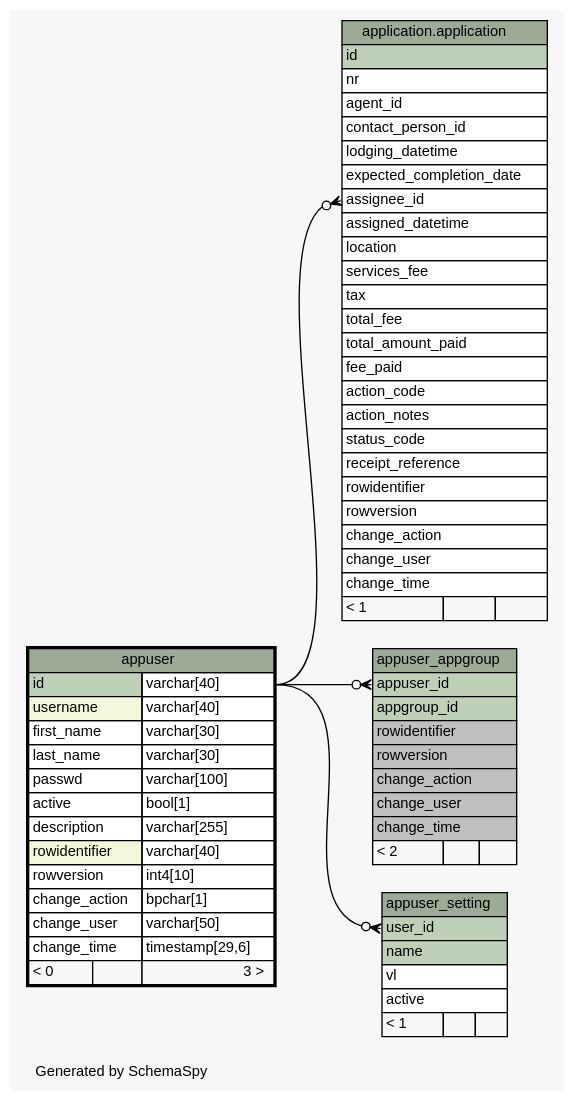
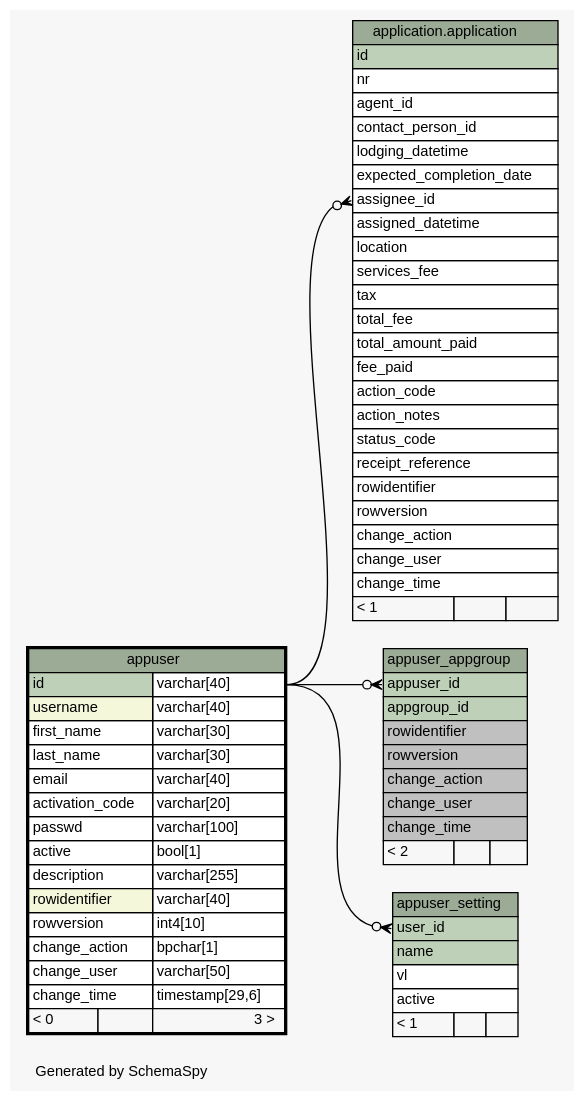
Before and after one commit to SOLA-FAO/database_sola: the diagram in doc/system/diagrams/appuser.1degree.dot, drawn with Graphviz. The commit also changed 287 other files, not shown here.

Commit message:
Columns email and activation_code introduced on the user table.

```diff
--- a/doc/system/diagrams/appuser.1degree.dot
+++ b/doc/system/diagrams/appuser.1degree.dot
@@ -1,107 +1,109 @@
 // dot 2.36.0 on Windows 7 6.1
 // SchemaSpy rev 590
 digraph "oneDegreeRelationshipsDiagram" {
   graph [
     rankdir="RL"
     bgcolor="#f7f7f7"
     label="\nGenerated by SchemaSpy"
     labeljust="l"
     nodesep="0.18"
     ranksep="0.46"
     fontname="Helvetica"
     fontsize="11"
   ];
   node [
     fontname="Helvetica"
     fontsize="11"
     shape="plaintext"
   ];
   edge [
     arrowsize="0.8"
   ];
   "application.application":"assignee_id":w -> "appuser":"id.type":e [arrowhead=none dir=back arrowtail=crowodot];
   "appuser_appgroup":"appuser_id":w -> "appuser":"id.type":e [arrowhead=none dir=back arrowtail=crowodot];
   "appuser_setting":"user_id":w -> "appuser":"id.type":e [arrowhead=none dir=back arrowtail=crowodot];
   "application.application" [
     label=<
     <TABLE BORDER="0" CELLBORDER="1" CELLSPACING="0" BGCOLOR="#ffffff">
       <TR><TD COLSPAN="3" BGCOLOR="#9bab96" ALIGN="CENTER">application.application</TD></TR>
       <TR><TD PORT="id" COLSPAN="3" BGCOLOR="#bed1b8" ALIGN="LEFT">id</TD></TR>
       <TR><TD PORT="nr" COLSPAN="3" ALIGN="LEFT">nr</TD></TR>
       <TR><TD PORT="agent_id" COLSPAN="3" ALIGN="LEFT">agent_id</TD></TR>
       <TR><TD PORT="contact_person_id" COLSPAN="3" ALIGN="LEFT">contact_person_id</TD></TR>
       <TR><TD PORT="lodging_datetime" COLSPAN="3" ALIGN="LEFT">lodging_datetime</TD></TR>
       <TR><TD PORT="expected_completion_date" COLSPAN="3" ALIGN="LEFT">expected_completion_date</TD></TR>
       <TR><TD PORT="assignee_id" COLSPAN="3" ALIGN="LEFT">assignee_id</TD></TR>
       <TR><TD PORT="assigned_datetime" COLSPAN="3" ALIGN="LEFT">assigned_datetime</TD></TR>
       <TR><TD PORT="location" COLSPAN="3" ALIGN="LEFT">location</TD></TR>
       <TR><TD PORT="services_fee" COLSPAN="3" ALIGN="LEFT">services_fee</TD></TR>
       <TR><TD PORT="tax" COLSPAN="3" ALIGN="LEFT">tax</TD></TR>
       <TR><TD PORT="total_fee" COLSPAN="3" ALIGN="LEFT">total_fee</TD></TR>
       <TR><TD PORT="total_amount_paid" COLSPAN="3" ALIGN="LEFT">total_amount_paid</TD></TR>
       <TR><TD PORT="fee_paid" COLSPAN="3" ALIGN="LEFT">fee_paid</TD></TR>
       <TR><TD PORT="action_code" COLSPAN="3" ALIGN="LEFT">action_code</TD></TR>
       <TR><TD PORT="action_notes" COLSPAN="3" ALIGN="LEFT">action_notes</TD></TR>
       <TR><TD PORT="status_code" COLSPAN="3" ALIGN="LEFT">status_code</TD></TR>
       <TR><TD PORT="receipt_reference" COLSPAN="3" ALIGN="LEFT">receipt_reference</TD></TR>
       <TR><TD PORT="rowidentifier" COLSPAN="3" ALIGN="LEFT">rowidentifier</TD></TR>
       <TR><TD PORT="rowversion" COLSPAN="3" ALIGN="LEFT">rowversion</TD></TR>
       <TR><TD PORT="change_action" COLSPAN="3" ALIGN="LEFT">change_action</TD></TR>
       <TR><TD PORT="change_user" COLSPAN="3" ALIGN="LEFT">change_user</TD></TR>
       <TR><TD PORT="change_time" COLSPAN="3" ALIGN="LEFT">change_time</TD></TR>
       <TR><TD ALIGN="LEFT" BGCOLOR="#f7f7f7">&lt; 1</TD><TD ALIGN="RIGHT" BGCOLOR="#f7f7f7">  </TD><TD ALIGN="RIGHT" BGCOLOR="#f7f7f7">  </TD></TR>
     </TABLE>>
     URL="../../application/tables/application.html"
     tooltip="application.application"
   ];
   "appuser" [
     label=<
     <TABLE BORDER="2" CELLBORDER="1" CELLSPACING="0" BGCOLOR="#ffffff">
       <TR><TD COLSPAN="3" BGCOLOR="#9bab96" ALIGN="CENTER">appuser</TD></TR>
       <TR><TD PORT="id" COLSPAN="2" BGCOLOR="#bed1b8" ALIGN="LEFT">id</TD><TD PORT="id.type" ALIGN="LEFT">varchar[40]</TD></TR>
       <TR><TD PORT="username" COLSPAN="2" BGCOLOR="#f4f7da" ALIGN="LEFT">username</TD><TD PORT="username.type" ALIGN="LEFT">varchar[40]</TD></TR>
       <TR><TD PORT="first_name" COLSPAN="2" ALIGN="LEFT">first_name</TD><TD PORT="first_name.type" ALIGN="LEFT">varchar[30]</TD></TR>
       <TR><TD PORT="last_name" COLSPAN="2" ALIGN="LEFT">last_name</TD><TD PORT="last_name.type" ALIGN="LEFT">varchar[30]</TD></TR>
+      <TR><TD PORT="email" COLSPAN="2" ALIGN="LEFT">email</TD><TD PORT="email.type" ALIGN="LEFT">varchar[40]</TD></TR>
+      <TR><TD PORT="activation_code" COLSPAN="2" ALIGN="LEFT">activation_code</TD><TD PORT="activation_code.type" ALIGN="LEFT">varchar[20]</TD></TR>
       <TR><TD PORT="passwd" COLSPAN="2" ALIGN="LEFT">passwd</TD><TD PORT="passwd.type" ALIGN="LEFT">varchar[100]</TD></TR>
       <TR><TD PORT="active" COLSPAN="2" ALIGN="LEFT">active</TD><TD PORT="active.type" ALIGN="LEFT">bool[1]</TD></TR>
       <TR><TD PORT="description" COLSPAN="2" ALIGN="LEFT">description</TD><TD PORT="description.type" ALIGN="LEFT">varchar[255]</TD></TR>
       <TR><TD PORT="rowidentifier" COLSPAN="2" BGCOLOR="#f4f7da" ALIGN="LEFT">rowidentifier</TD><TD PORT="rowidentifier.type" ALIGN="LEFT">varchar[40]</TD></TR>
       <TR><TD PORT="rowversion" COLSPAN="2" ALIGN="LEFT">rowversion</TD><TD PORT="rowversion.type" ALIGN="LEFT">int4[10]</TD></TR>
       <TR><TD PORT="change_action" COLSPAN="2" ALIGN="LEFT">change_action</TD><TD PORT="change_action.type" ALIGN="LEFT">bpchar[1]</TD></TR>
       <TR><TD PORT="change_user" COLSPAN="2" ALIGN="LEFT">change_user</TD><TD PORT="change_user.type" ALIGN="LEFT">varchar[50]</TD></TR>
       <TR><TD PORT="change_time" COLSPAN="2" ALIGN="LEFT">change_time</TD><TD PORT="change_time.type" ALIGN="LEFT">timestamp[29,6]</TD></TR>
       <TR><TD ALIGN="LEFT" BGCOLOR="#f7f7f7">&lt; 0</TD><TD ALIGN="RIGHT" BGCOLOR="#f7f7f7">  </TD><TD ALIGN="RIGHT" BGCOLOR="#f7f7f7">3 &gt;</TD></TR>
     </TABLE>>
     URL="appuser.html"
     tooltip="appuser"
   ];
   "appuser_appgroup" [
     label=<
     <TABLE BORDER="0" CELLBORDER="1" CELLSPACING="0" BGCOLOR="#ffffff">
       <TR><TD COLSPAN="3" BGCOLOR="#9bab96" ALIGN="CENTER">appuser_appgroup</TD></TR>
       <TR><TD PORT="appuser_id" COLSPAN="3" BGCOLOR="#bed1b8" ALIGN="LEFT">appuser_id</TD></TR>
       <TR><TD PORT="appgroup_id" COLSPAN="3" BGCOLOR="#bed1b8" ALIGN="LEFT">appgroup_id</TD></TR>
       <TR><TD PORT="rowidentifier" COLSPAN="3" BGCOLOR="#c0c0c0" ALIGN="LEFT">rowidentifier</TD></TR>
       <TR><TD PORT="rowversion" COLSPAN="3" BGCOLOR="#c0c0c0" ALIGN="LEFT">rowversion</TD></TR>
       <TR><TD PORT="change_action" COLSPAN="3" BGCOLOR="#c0c0c0" ALIGN="LEFT">change_action</TD></TR>
       <TR><TD PORT="change_user" COLSPAN="3" BGCOLOR="#c0c0c0" ALIGN="LEFT">change_user</TD></TR>
       <TR><TD PORT="change_time" COLSPAN="3" BGCOLOR="#c0c0c0" ALIGN="LEFT">change_time</TD></TR>
       <TR><TD ALIGN="LEFT" BGCOLOR="#f7f7f7">&lt; 2</TD><TD ALIGN="RIGHT" BGCOLOR="#f7f7f7">  </TD><TD ALIGN="RIGHT" BGCOLOR="#f7f7f7">  </TD></TR>
     </TABLE>>
     URL="appuser_appgroup.html"
     tooltip="appuser_appgroup"
   ];
   "appuser_setting" [
     label=<
     <TABLE BORDER="0" CELLBORDER="1" CELLSPACING="0" BGCOLOR="#ffffff">
       <TR><TD COLSPAN="3" BGCOLOR="#9bab96" ALIGN="CENTER">appuser_setting</TD></TR>
       <TR><TD PORT="user_id" COLSPAN="3" BGCOLOR="#bed1b8" ALIGN="LEFT">user_id</TD></TR>
       <TR><TD PORT="name" COLSPAN="3" BGCOLOR="#bed1b8" ALIGN="LEFT">name</TD></TR>
       <TR><TD PORT="vl" COLSPAN="3" ALIGN="LEFT">vl</TD></TR>
       <TR><TD PORT="active" COLSPAN="3" ALIGN="LEFT">active</TD></TR>
       <TR><TD ALIGN="LEFT" BGCOLOR="#f7f7f7">&lt; 1</TD><TD ALIGN="RIGHT" BGCOLOR="#f7f7f7">  </TD><TD ALIGN="RIGHT" BGCOLOR="#f7f7f7">  </TD></TR>
     </TABLE>>
     URL="appuser_setting.html"
     tooltip="appuser_setting"
   ];
 }
```
